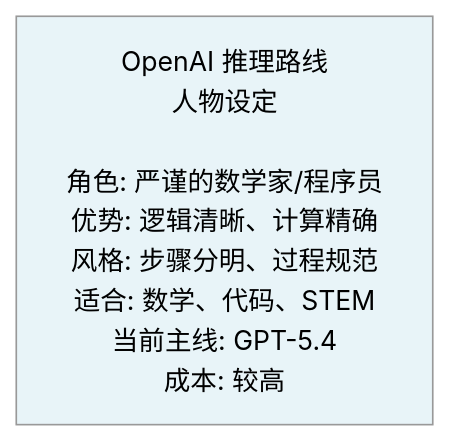
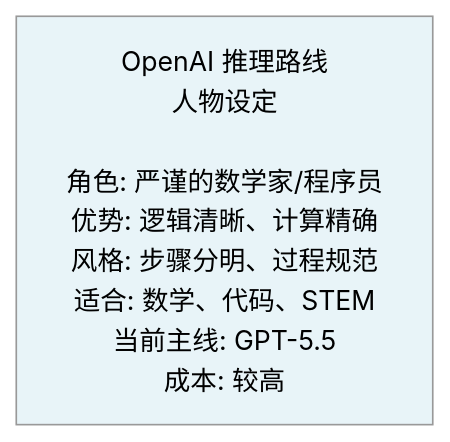
One commit to changsongyang/ai_beginner_guide changed the second of 9 diagrams in 07_reasoning_models/7.4_major_reasoning_models.md. Above: the diagram before and after it, drawn with Mermaid (neutral theme). The commit also changed other lines of this file and 4 other files, not shown here.

````diff
--- a/07_reasoning_models/7.4_major_reasoning_models.md
+++ b/07_reasoning_models/7.4_major_reasoning_models.md
@@ -28,5 +28,5 @@
 ```mermaid
 graph LR
-    A["OpenAI 推理路线<br/>人物设定<br/><br/>角色: 严谨的数学家/程序员<br/>优势: 逻辑清晰、计算精确<br/>风格: 步骤分明、过程规范<br/>适合: 数学、代码、STEM<br/>当前主线: GPT-5.4<br/>成本: 较高"]
+    A["OpenAI 推理路线<br/>人物设定<br/><br/>角色: 严谨的数学家/程序员<br/>优势: 逻辑清晰、计算精确<br/>风格: 步骤分明、过程规范<br/>适合: 数学、代码、STEM<br/>当前主线: GPT-5.5<br/>成本: 较高"]
     style A fill:#E8F4F8
 ```
````
